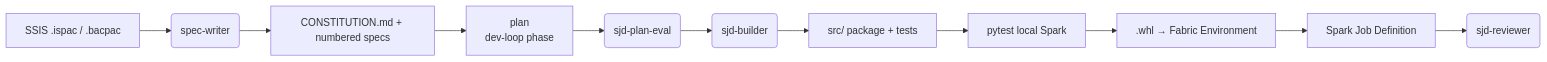
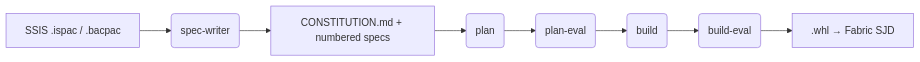
Before and after one commit to markgar/pyspark-sjd-devops-dailyetl: the diagram in docs/presentation.md, drawn with Mermaid. The commit also changed other lines of this file, not shown here.

Commit message:
Correct dev-loop phases (4) and note custom-agent overrides

````diff
--- a/docs/presentation.md
+++ b/docs/presentation.md
@@ -115,13 +116,10 @@
 ```mermaid
 flowchart LR
   A[SSIS .ispac / .bacpac] --> B(spec-writer)
   B --> C[CONSTITUTION.md + numbered specs]
-  C --> P[plan<br/>dev-loop phase]
-  P --> D(sjd-plan-eval)
-  D --> E(sjd-builder)
-  E --> F[src/ package + tests]
-  F --> G[pytest local Spark]
-  G --> H[.whl → Fabric Environment]
-  H --> I[Spark Job Definition]
-  I --> J(sjd-reviewer)
+  C --> P(plan)
+  P --> D(plan-eval)
+  D --> E(build)
+  E --> R(build-eval)
+  R --> F[.whl → Fabric SJD]
 ```
````
